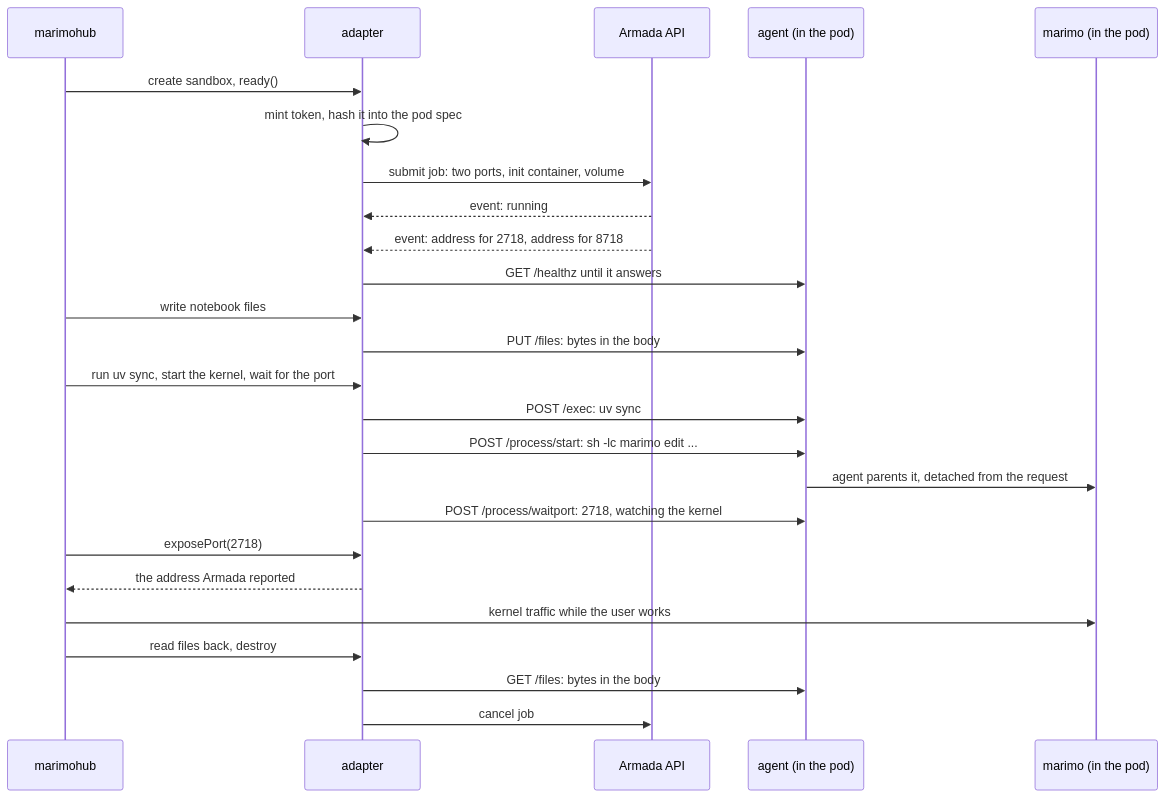
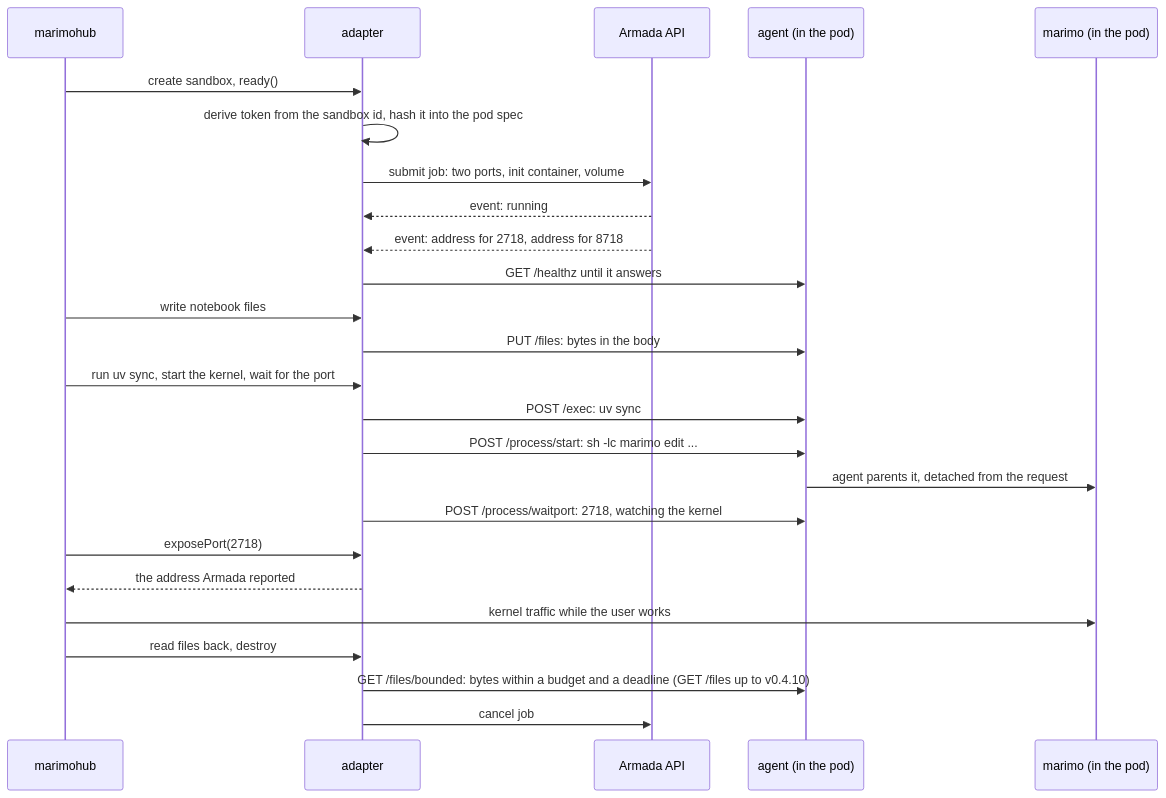
One commit to G-Research/marimohub-compute-armada changed the third of 3 diagrams in docs/ARCHITECTURE.md. Above: the diagram before and after it, drawn with Mermaid. The commit also changed other lines of this file and 29 other files, not shown here.

Commit message:
Make session capture work: bounded reads and a derived agent token (#11)

````diff
--- a/docs/ARCHITECTURE.md
+++ b/docs/ARCHITECTURE.md
@@ -131,27 +140,27 @@
 ```mermaid
 sequenceDiagram
   participant H as marimohub
   participant A as adapter
   participant R as Armada API
   participant G as agent (in the pod)
   participant K as marimo (in the pod)
   H->>A: create sandbox, ready()
-  A->>A: mint token, hash it into the pod spec
+  A->>A: derive token from the sandbox id, hash it into the pod spec
   A->>R: submit job: two ports, init container, volume
   R-->>A: event: running
   R-->>A: event: address for 2718, address for 8718
   A->>G: GET /healthz until it answers
   H->>A: write notebook files
   A->>G: PUT /files: bytes in the body
   H->>A: run uv sync, start the kernel, wait for the port
   A->>G: POST /exec: uv sync
   A->>G: POST /process/start: sh -lc marimo edit ...
   G->>K: agent parents it, detached from the request
   A->>G: POST /process/waitport: 2718, watching the kernel
   H->>A: exposePort(2718)
   A-->>H: the address Armada reported
   H->>K: kernel traffic while the user works
   H->>A: read files back, destroy
-  A->>G: GET /files: bytes in the body
+  A->>G: GET /files/bounded: bytes within a budget and a deadline (GET /files up to v0.4.10)
   A->>R: cancel job
 ```
````
